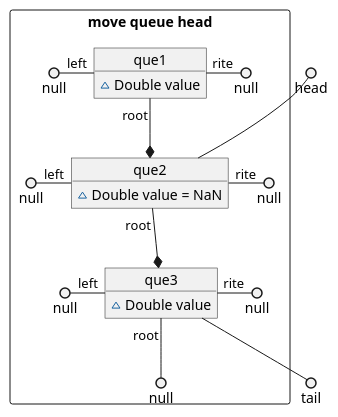
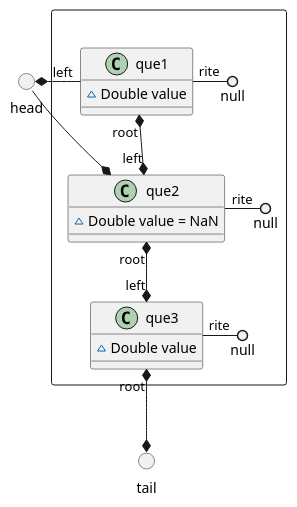
The diagram in src/docs/UML/reorderScheme/_02_queue.puml (vitalispopoff/calculator), drawn with PlantUML before and after one commit. The commit also changed 16 other files, not shown here.

```diff
--- a/src/docs/UML/reorderScheme/_02_queue.puml
+++ b/src/docs/UML/reorderScheme/_02_queue.puml
@@ -1,31 +1,31 @@
 @startuml
 
-package "move queue head" <<Rectangle>>{
+() head
+() tail
+
+package " " <<Rectangle>>{
+
+    head*- "left" que1
+    head --* que2
 
     object que1{
         ~ Double value
     }
-        null ()- "left" que1
         que1 "rite" -() null
+        que1 "root" *--* "left" que2
 
     object que2{
         ~ Double value = NaN
     }
-        null ()- "left" que2
         que2 "rite" -() null
+        que2 "root" *--*  "left" que3
 
     object que3{
         ~ Double value
     }
-        null ()- "left" que3
         que3 "rite" -() null
-        que3 "root" --() null
-
-    que1 "root" --*  que2
-    que2 "root" --*  que3
+        que3 "root" *--* tail
 
 }
 
-     head ()-- que2
-     que3 --() tail
 @enduml
```
